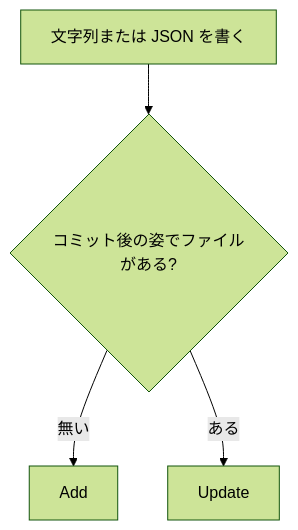
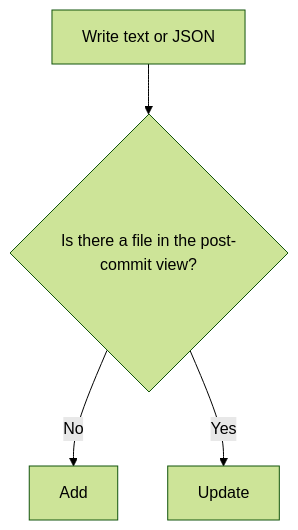
One commit to YUKIKEDA/Txfio changed the fifth of 15 diagrams in README.md. Above: the diagram before and after it, drawn with Mermaid (forest theme). The commit also changed other lines of this file and 218 other files, not shown here.

````diff
--- a/README.md
+++ b/README.md
@@ -237,6 +239,6 @@
 ```mermaid
 flowchart TD
-  write["文字列または JSON を書く"] --> exists{"コミット後の姿でファイルがある?"}
-  exists -->|無い| add["Add"]
-  exists -->|ある| upd["Update"]
+  write["Write text or JSON"] --> exists{"Is there a file in the post-commit view?"}
+  exists -->|No| add["Add"]
+  exists -->|Yes| upd["Update"]
 ```
````
